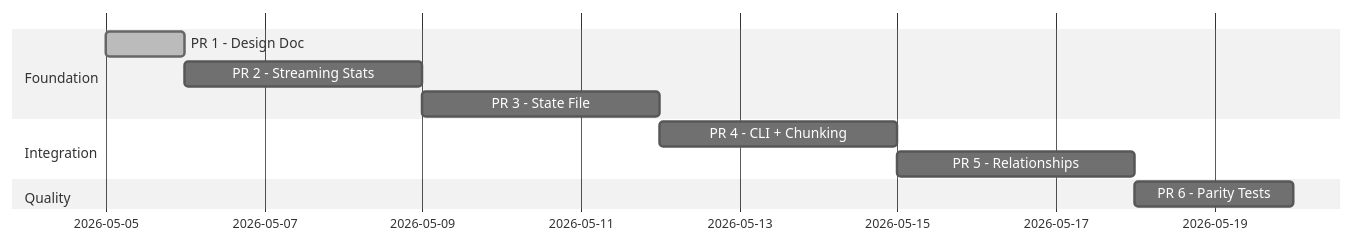
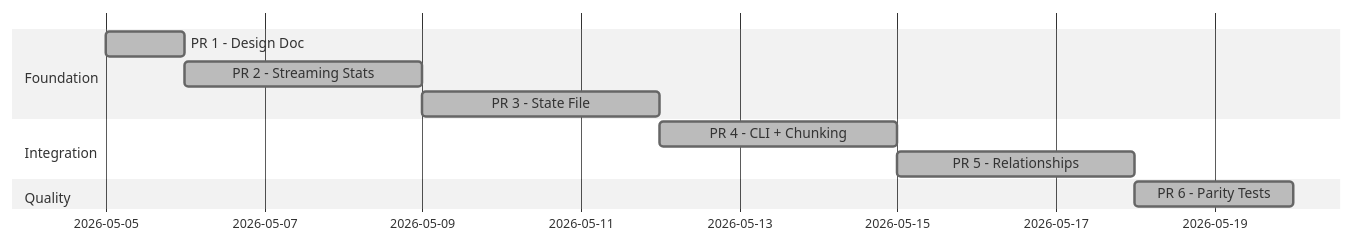
Before and after one commit to Yaming-Hub/knit: the fourth of 4 diagrams in docs/design-incremental-learn.md, drawn with Mermaid (neutral theme). The commit also changed other lines of this file and 3 other files, not shown here.

First line of the commit message:
test: Incremental learning parity & drift tests (#238)

````diff
--- a/docs/design-incremental-learn.md
+++ b/docs/design-incremental-learn.md
@@ -780,12 +771,12 @@
 ```mermaid
 gantt
     section Foundation
     PR 1 - Design Doc          :done, pr1, 2026-05-05, 1d
-    PR 2 - Streaming Stats     :pr2, after pr1, 3d
-    PR 3 - State File          :pr3, after pr2, 3d
+    PR 2 - Streaming Stats     :done, pr2, after pr1, 3d
+    PR 3 - State File          :done, pr3, after pr2, 3d
     section Integration
-    PR 4 - CLI + Chunking      :pr4, after pr3, 3d
-    PR 5 - Relationships       :pr5, after pr4, 3d
+    PR 4 - CLI + Chunking      :done, pr4, after pr3, 3d
+    PR 5 - Relationships       :done, pr5, after pr4, 3d
     section Quality
-    PR 6 - Parity Tests        :pr6, after pr5, 2d
+    PR 6 - Parity Tests        :done, pr6, after pr5, 2d
 ```
````
